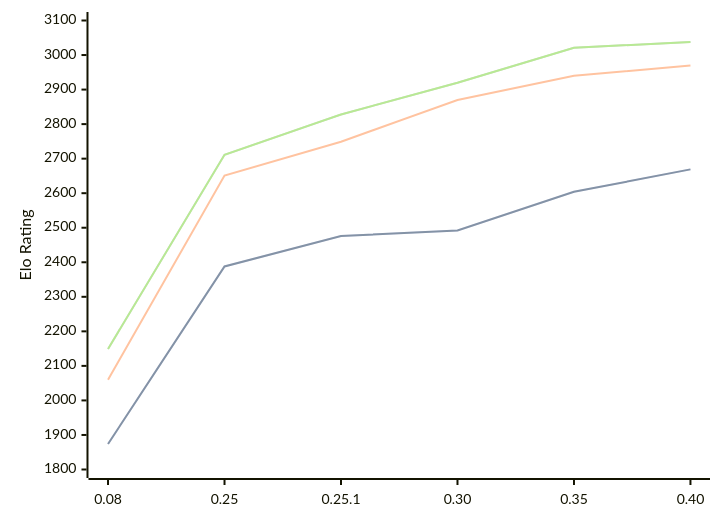
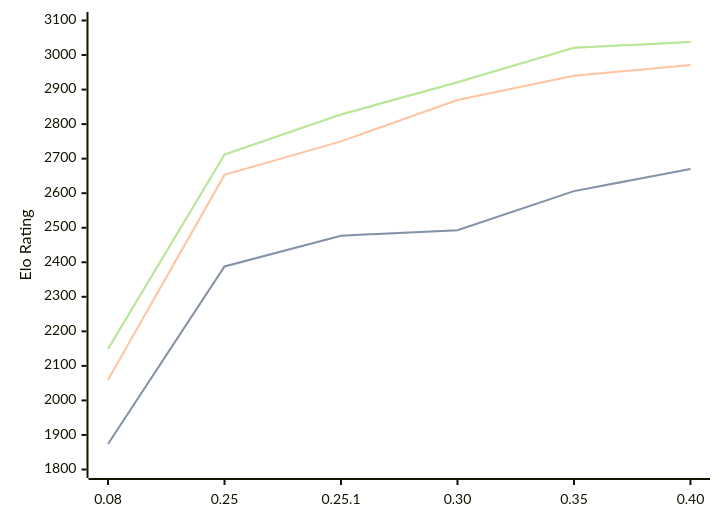
Before and after one commit to computer-chess-index/cci: the diagram in engines/Gecko.md, drawn with Mermaid. The commit also changed other lines of this file, not shown here.

Commit message:
Update CCI Ratings (ELO VLTC) - 2026-08-21

````diff
--- a/engines/Gecko.md
+++ b/engines/Gecko.md
@@ -36,11 +36,11 @@
 ```mermaid
 %%{init: {"theme":"base","themeVariables":{"seriesColors:['#a3a3a3','#222221','#faa371']}}}%%
 xychart-beta
   x-axis ["0.08", "0.25", "0.25.1", "0.30", "0.35", "0.40"]
   y-axis "Elo Rating" 1800 --> 3100
-  line "STC (8.0+0.08s)" [1874, 2388, 2476, 2492, 2604, 2669]
-  line "STC (8.0+0.08s)" [1874, 2388, 2476, 2492, 2604, 2669]
-  line "LTC (60.0+0.60s)" [2060, 2651, 2749, 2870, 2940, 2970]
-  line "VLTC (2m24s+1.12s)" [2149, 2711, 2828, 2920, 3021, 3038]
-  line "VLTC (2m24s+1.12s)" [2149, 2711, 2828, 2920, 3021, 3038]
+  line "STC (8.0+0.08s)" [1874, 2388, 2477, 2493, 2606, 2670]
+  line "STC (8.0+0.08s)" [1874, 2388, 2477, 2493, 2606, 2670]
+  line "LTC (60.0+0.60s)" [2060, 2653, 2750, 2870, 2940, 2971]
+  line "VLTC (2m24s+1.12s)" [2149, 2712, 2828, 2921, 3021, 3038]
+  line "VLTC (2m24s+1.12s)" [2149, 2712, 2828, 2921, 3021, 3038]
 ```
````
